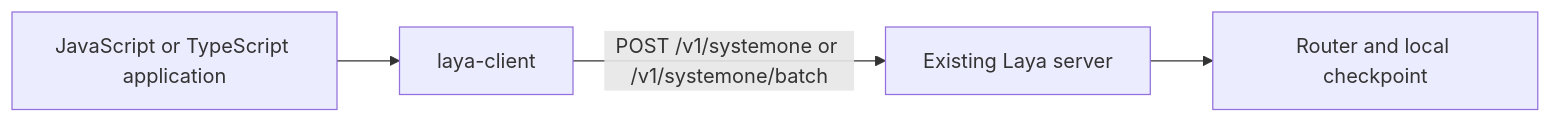
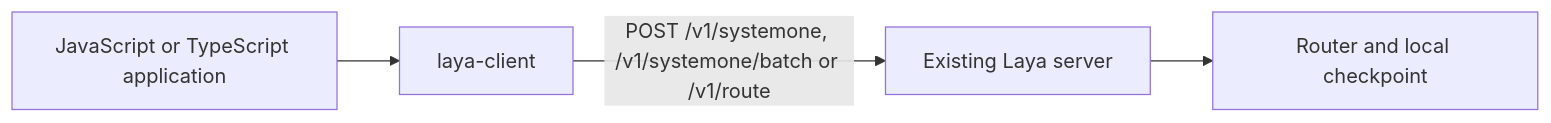
One commit to NandhaKishorM/laya changed the diagram in docs/typescript-sdk.md. Above: the diagram before and after it, drawn with Mermaid. The commit also changed other lines of this file and 9 other files, not shown here.

````diff
--- a/docs/typescript-sdk.md
+++ b/docs/typescript-sdk.md
@@ -18,6 +18,6 @@
 ```mermaid
 flowchart LR
     A[JavaScript or TypeScript application] --> B[laya-client]
-    B -->|POST /v1/systemone or /v1/systemone/batch| C[Existing Laya server]
+    B -->|POST /v1/systemone, /v1/systemone/batch or /v1/route| C[Existing Laya server]
     C --> E[Router and local checkpoint]
 ```
````
